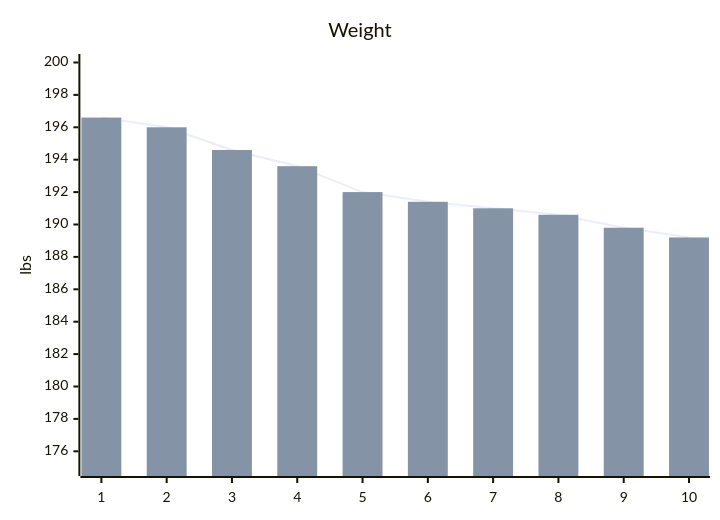
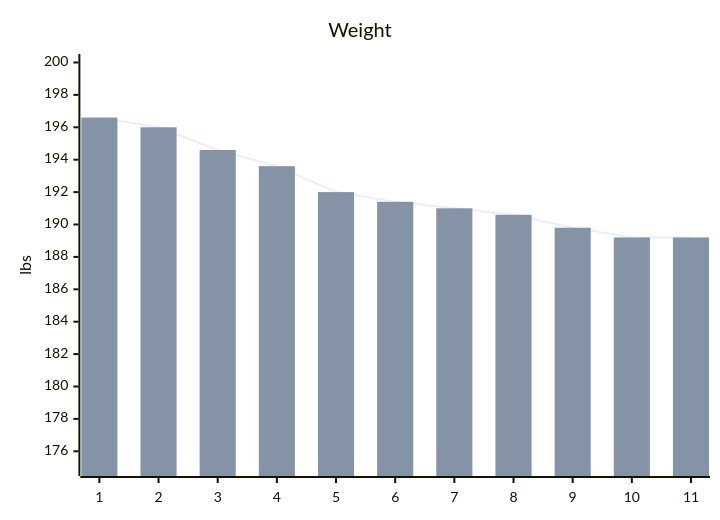
One commit to stevenelson35/stevenelson35.github.io changed the diagram in all_collections/_personal/goals.md. Above: the diagram before and after it, drawn with Mermaid. The commit also changed other lines of this file, not shown here.

```diff
--- a/all_collections/_personal/goals.md
+++ b/all_collections/_personal/goals.md
@@ -11,8 +11,8 @@
 <pre class="mermaid" >
   xychart-beta
     title "Weight" 
-    x-axis [1, 2, 3, 4, 5, 6, 7, 8, 9, 10] 
+    x-axis [1, 2, 3, 4, 5, 6, 7, 8, 9, 10, 11] 
     y-axis "lbs" 175 --> 200
-    line [196.6, 196.0, 194.6, 193.6, 192.0, 191.4, 191.0, 190.6, 189.8, 189.2]
-    bar [196.6, 196.0, 194.6, 193.6, 192.0, 191.4, 191.0, 190.6, 189.8, 189.2]
+    line [196.6, 196.0, 194.6, 193.6, 192.0, 191.4, 191.0, 190.6, 189.8, 189.2, 189.2]
+    bar [196.6, 196.0, 194.6, 193.6, 192.0, 191.4, 191.0, 190.6, 189.8, 189.2, 189.2]
 </pre>
```
